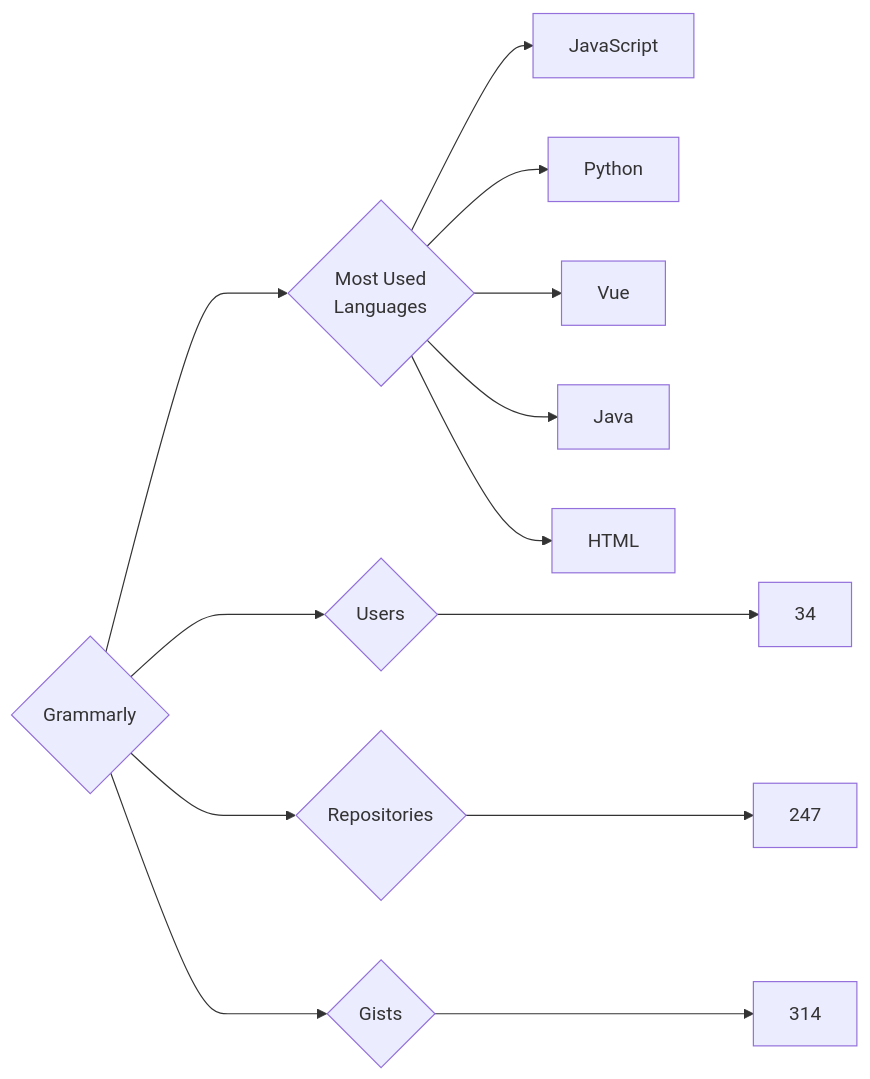
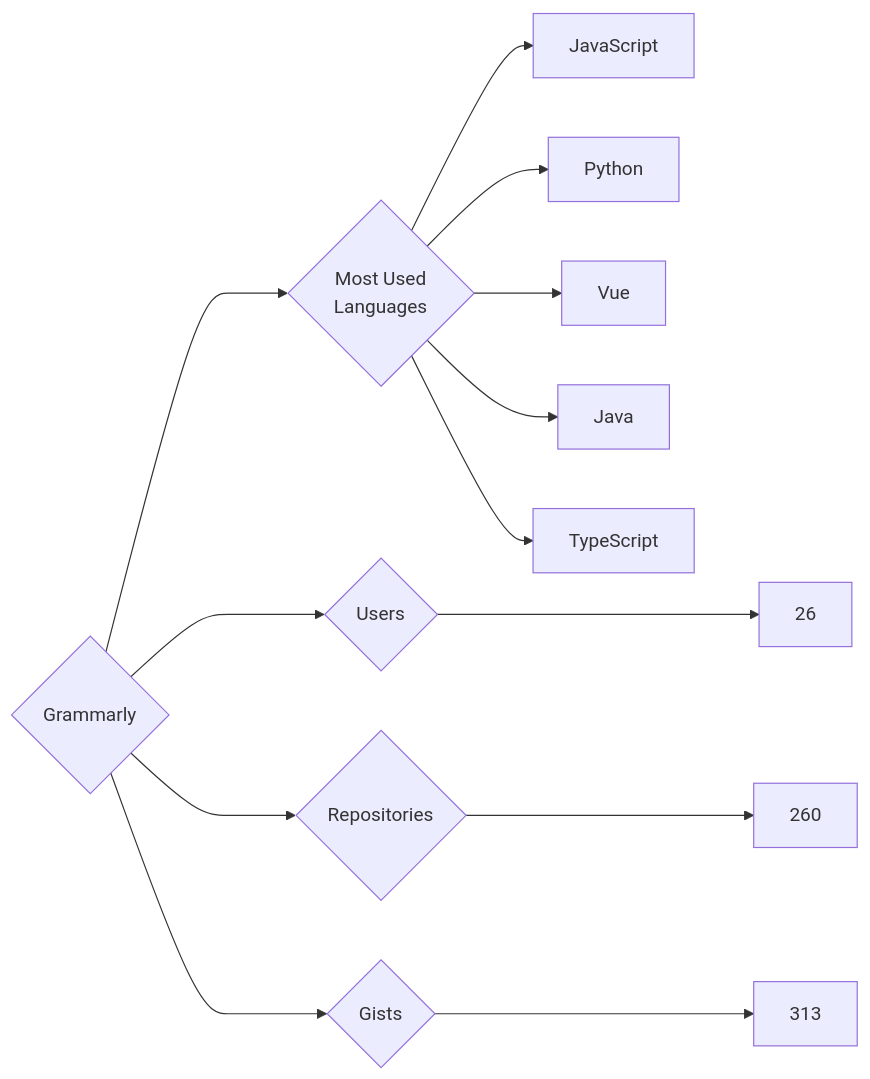
One commit to trickest/insiders changed the diagram in targets/Grammarly/README.md. Above: the diagram before and after it, drawn with Mermaid. The commit also changed 545 other files, not shown here.

````diff
--- a/targets/Grammarly/README.md
+++ b/targets/Grammarly/README.md
@@ -3,13 +3,13 @@
 ```mermaid
 graph LR
 COMPANY_NAME{Grammarly}
-COMPANY_NAME ---> U{Users} ---> UN[34]
-COMPANY_NAME ---> R{Repositories} ---> RN[247]
-COMPANY_NAME ---> G{Gists} ---> GN[314]
+COMPANY_NAME ---> U{Users} ---> UN[26]
+COMPANY_NAME ---> R{Repositories} ---> RN[260]
+COMPANY_NAME ---> G{Gists} ---> GN[313]
 COMPANY_NAME ---> ML{Most Used<br>Languages}
 ML --> JavaScript[JavaScript]
 ML --> Python[Python]
 ML --> Vue[Vue]
 ML --> Java[Java]
-ML --> HTML[HTML]
+ML --> TypeScript[TypeScript]
 ```
````
